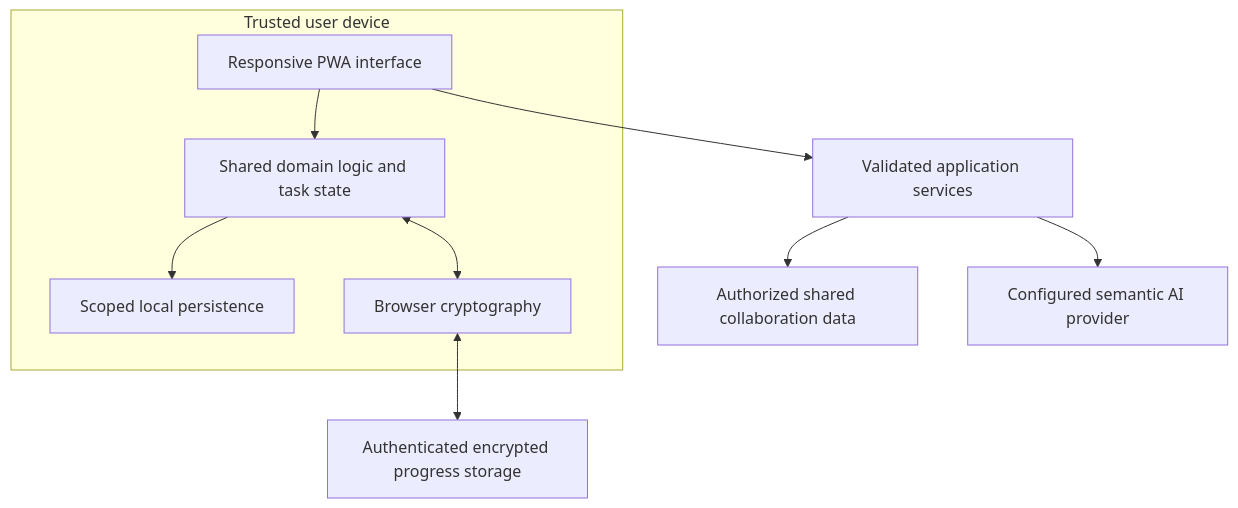
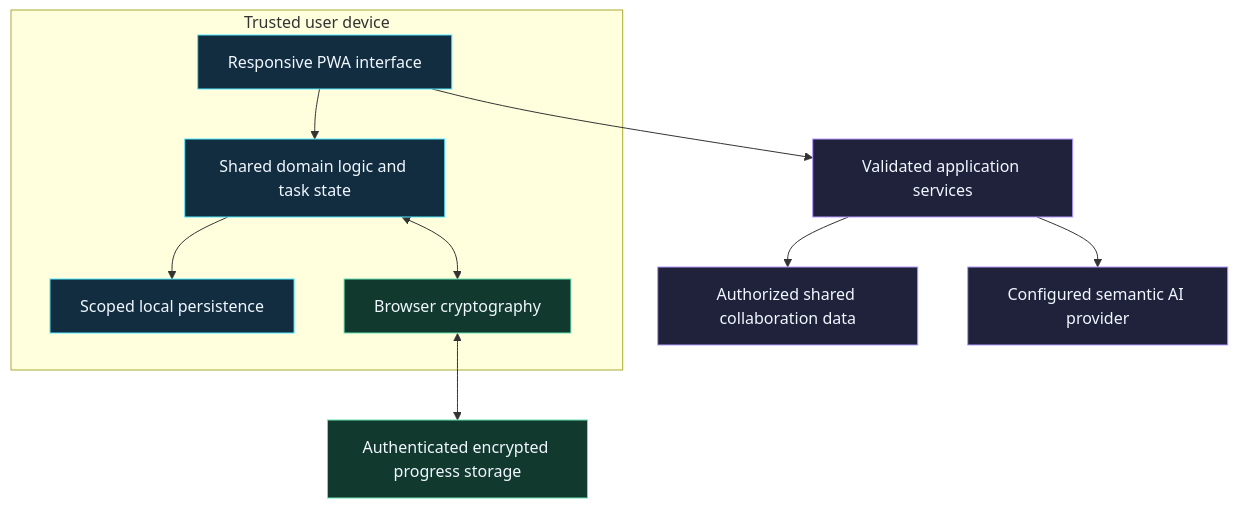
The third of 3 diagrams in README.md (HassanAsali/ASCEND), drawn with Mermaid before and after one commit. The commit also changed other lines of this file, not shown here.

````diff
--- a/README.md
+++ b/README.md
@@ -342,16 +437,22 @@
 ```mermaid
 flowchart TB
     subgraph Device["Trusted user device"]
         UI["Responsive PWA interface"]
         Domain["Shared domain logic and task state"]
         Local["Scoped local persistence"]
         Crypto["Browser cryptography"]
         UI --> Domain
         Domain --> Local
         Domain <--> Crypto
     end
     Crypto <--> Cloud["Authenticated encrypted progress storage"]
     UI --> Service["Validated application services"]
     Service --> Shared["Authorized shared collaboration data"]
     Service --> AI["Configured semantic AI provider"]
+    classDef client fill:#132D40,stroke:#52E8FF,color:#EFF7FF
+    classDef secure fill:#12392D,stroke:#66E2B0,color:#EFF7FF
+    classDef service fill:#20223B,stroke:#B59AFF,color:#EFF7FF
+    class UI,Domain,Local client
+    class Crypto,Cloud secure
+    class Service,Shared,AI service
 ```
````
